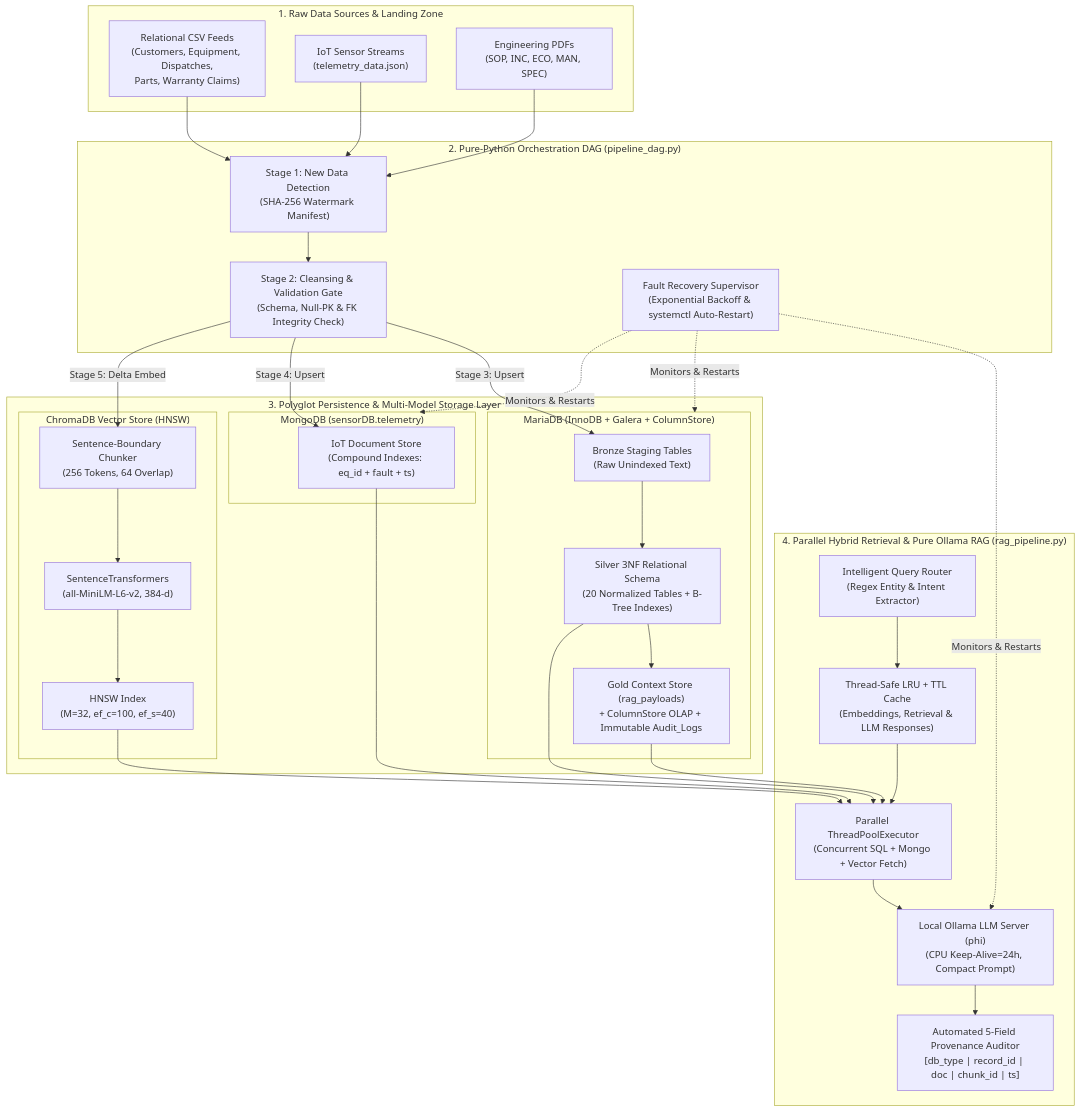
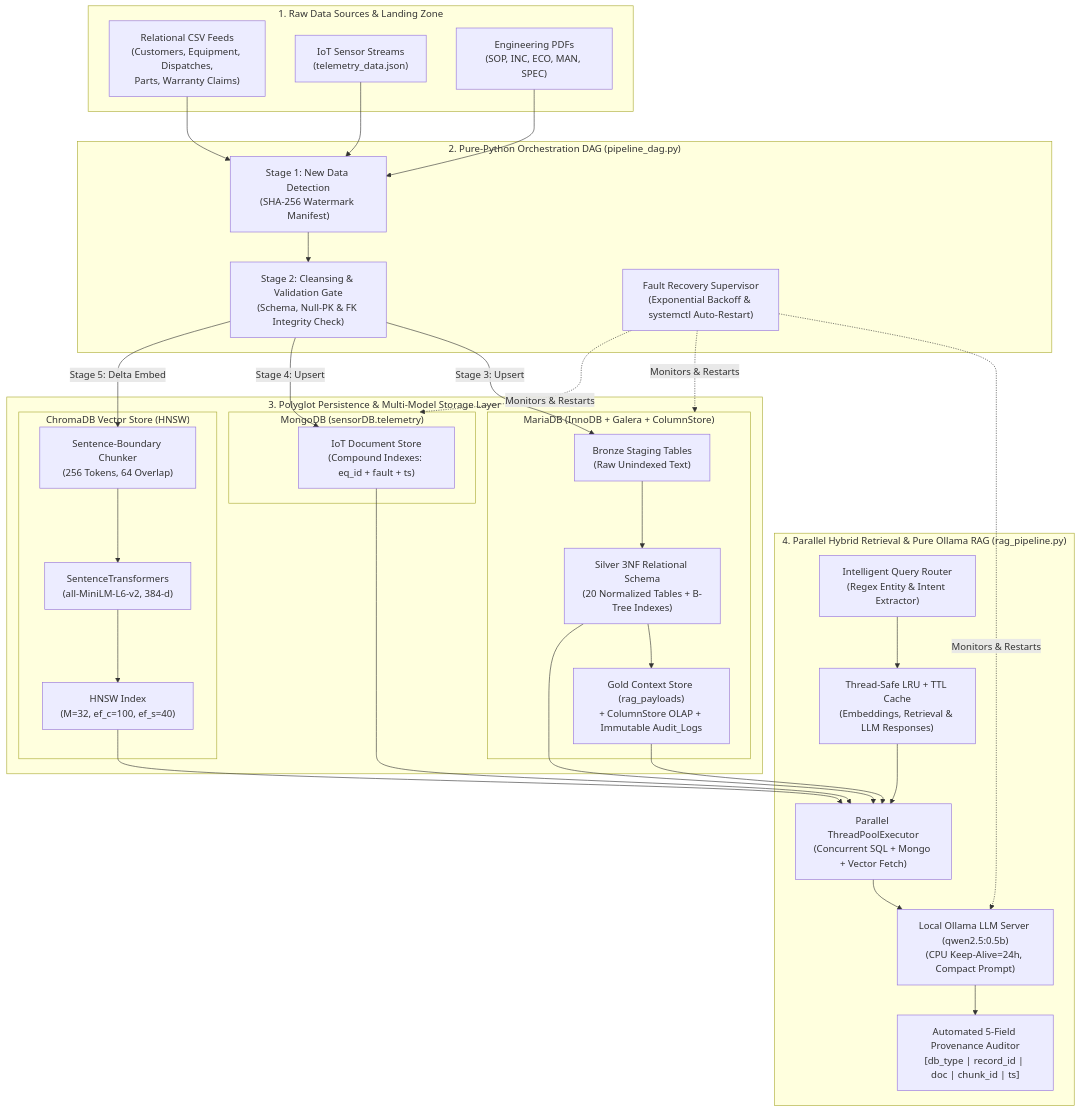
Before and after one commit to triplek375/Gigavolt: the diagram in README.md, drawn with Mermaid. The commit also changed other lines of this file and 5 other files, not shown here.

````diff
--- a/README.md
+++ b/README.md
@@ -19,57 +19,57 @@
 ```mermaid
 flowchart TB
     subgraph Ingestion["1. Raw Data Sources & Landing Zone"]
         CSV["Relational CSV Feeds\n(Customers, Equipment, Dispatches,\nParts, Warranty Claims)"]
         JSON["IoT Sensor Streams\n(telemetry_data.json)"]
         PDF["Engineering PDFs\n(SOP, INC, ECO, MAN, SPEC)"]
     end
 
     subgraph Orchestrator["2. Pure-Python Orchestration DAG (pipeline_dag.py)"]
         DETECT["Stage 1: New Data Detection\n(SHA-256 Watermark Manifest)"]
         VALIDATE["Stage 2: Cleansing & Validation Gate\n(Schema, Null-PK & FK Integrity Check)"]
         RECOVERY["Fault Recovery Supervisor\n(Exponential Backoff & systemctl Auto-Restart)"]
     end
 
     subgraph Storage["3. Polyglot Persistence & Multi-Model Storage Layer"]
         subgraph MariaDB["MariaDB (InnoDB + Galera + ColumnStore)"]
             BRONZE["Bronze Staging Tables\n(Raw Unindexed Text)"]
             SILVER["Silver 3NF Relational Schema\n(20 Normalized Tables + B-Tree Indexes)"]
             GOLD["Gold Context Store (rag_payloads)\n+ ColumnStore OLAP + Immutable Audit_Logs"]
         end
         subgraph MongoDB["MongoDB (sensorDB.telemetry)"]
             MONGO_COLL["IoT Document Store\n(Compound Indexes: eq_id + fault + ts)"]
         end
         subgraph ChromaDB["ChromaDB Vector Store (HNSW)"]
             CHUNKER["Sentence-Boundary Chunker\n(256 Tokens, 64 Overlap)"]
             EMBED["SentenceTransformers\n(all-MiniLM-L6-v2, 384-d)"]
             HNSW["HNSW Index\n(M=32, ef_c=100, ef_s=40)"]
         end
     end
 
     subgraph RAGEngine["4. Parallel Hybrid Retrieval & Pure Ollama RAG (rag_pipeline.py)"]
         ROUTER["Intelligent Query Router\n(Regex Entity & Intent Extractor)"]
         CACHE["Thread-Safe LRU + TTL Cache\n(Embeddings, Retrieval & LLM Responses)"]
         EXECUTOR["Parallel ThreadPoolExecutor\n(Concurrent SQL + Mongo + Vector Fetch)"]
-        OLLAMA["Local Ollama LLM Server (phi)\n(CPU Keep-Alive=24h, Compact Prompt)"]
+        OLLAMA["Local Ollama LLM Server (qwen2.5:0.5b)\n(CPU Keep-Alive=24h, Compact Prompt)"]
         PROVENANCE["Automated 5-Field Provenance Auditor\n[db_type | record_id | doc | chunk_id | ts]"]
     end
 
     CSV --> DETECT
     JSON --> DETECT
     PDF --> DETECT
     DETECT --> VALIDATE
     VALIDATE -->|Stage 3: Upsert| BRONZE --> SILVER --> GOLD
     VALIDATE -->|Stage 4: Upsert| MONGO_COLL
     VALIDATE -->|Stage 5: Delta Embed| CHUNKER --> EMBED --> HNSW
     RECOVERY -.->|Monitors & Restarts| MariaDB
     RECOVERY -.->|Monitors & Restarts| MongoDB
     RECOVERY -.->|Monitors & Restarts| OLLAMA
 
     ROUTER --> CACHE
     CACHE --> EXECUTOR
     SILVER --> EXECUTOR
     GOLD --> EXECUTOR
     MONGO_COLL --> EXECUTOR
     HNSW --> EXECUTOR
     EXECUTOR --> OLLAMA --> PROVENANCE
 ```
````
